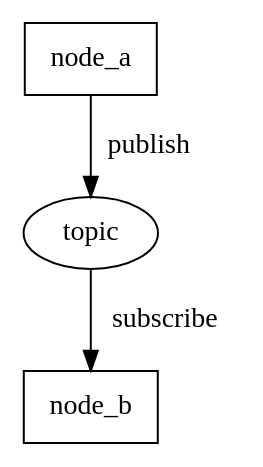
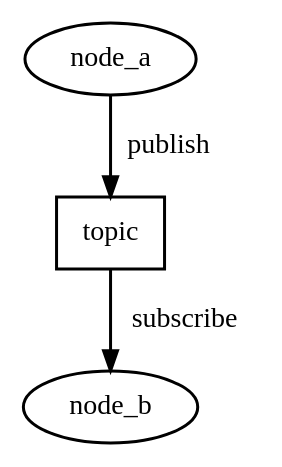
Before and after one commit to shihyuan/duckietown_ros_slides: the diagram in dot/node_and_topic.dot, drawn with Graphviz. The commit also changed 15 other files, not shown here.

```diff
--- a/dot/node_and_topic.dot
+++ b/dot/node_and_topic.dot
@@ -1,1 +1,10 @@
-digraph node_and_topic {node [shape=box,style=filled,fillcolor=white]; node_a; node_b; node [shape=ellipse,style=filled,fillcolor=white]; topic; node_a->topic[label=" publish"]; topic->node_b[label=" subscribe"]; }
+digraph node_and_topic {
+	edge [penwidth=1.5]
+	node [penwidth=1.5]
+	
+	node [shape=ellipse,style=filled,fillcolor=white];
+	node_a; node_b; 
+	node [shape=box,style=filled,fillcolor=white];
+	topic; node_a->topic[label=" publish"];
+	topic->node_b[label=" subscribe"];
+}
```
